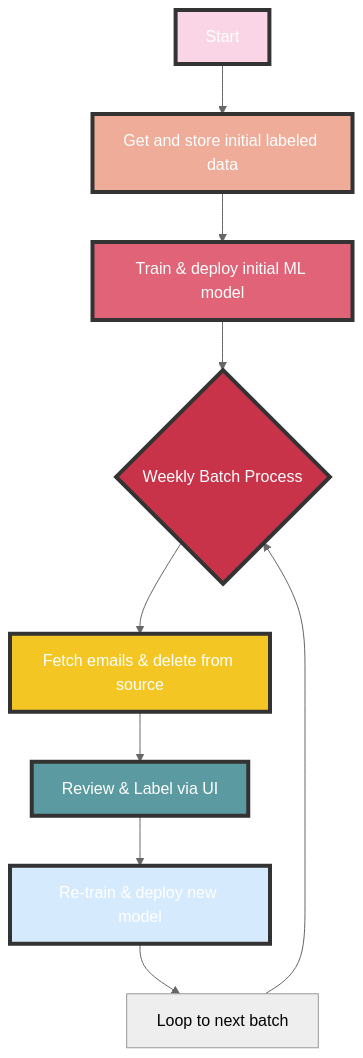
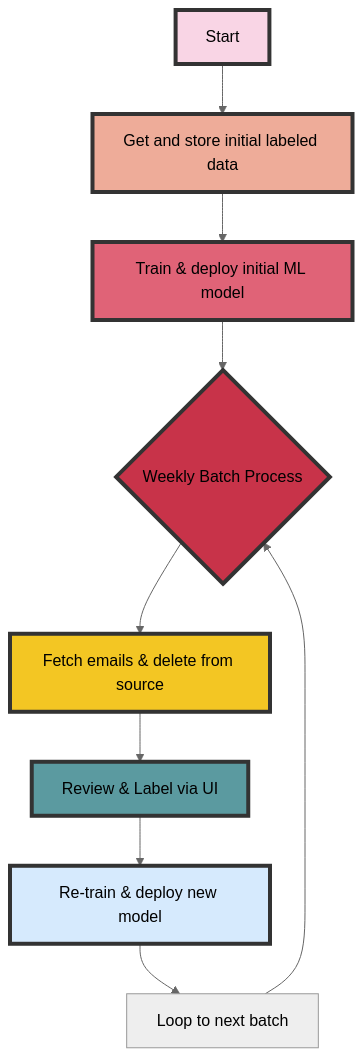
Before and after one commit to ugm2/email-discriminator: the diagram in README.md, drawn with Mermaid (neutral theme).

Commit message:
Mermaid diagram

````diff
--- a/README.md
+++ b/README.md
@@ -43,29 +43,29 @@
 ```mermaid
 graph TD
 
-    style A fill:#f9d5e5,stroke:#333,stroke-width:4px, color:#FFF;
-    style B fill:#eeac99,stroke:#333,stroke-width:4px, color:#FFF;
-    style C fill:#e06377,stroke:#333,stroke-width:4px, color:#FFF;
-    style D fill:#c83349,stroke:#333,stroke-width:4px, color:#FFF;
-    style E fill:#5b9aa0,stroke:#333,stroke-width:4px, color:#FFF;
-    style F fill:#d6eafd,stroke:#333,stroke-width:4px, color:#FFF;
-    style H fill:#f3c623,stroke:#333,stroke-width:4px, color:#FFF;
+    style A fill:#f9d5e5,stroke:#333,stroke-width:4px, color:#000;
+    style B fill:#eeac99,stroke:#333,stroke-width:4px, color:#000;
+    style C fill:#e06377,stroke:#333,stroke-width:4px, color:#000;
+    style D fill:#c83349,stroke:#333,stroke-width:4px, color:#000;
+    style E fill:#5b9aa0,stroke:#333,stroke-width:4px, color:#000;
+    style F fill:#d6eafd,stroke:#333,stroke-width:4px, color:#000;
+    style H fill:#f3c623,stroke:#333,stroke-width:4px, color:#000;
 
     A[Start]
     B[Get and store initial labeled data]
     C[Train & deploy initial ML model]
     D{Weekly Batch Process}
     H[Fetch emails & delete from source]
     E[Review & Label via UI]
     F[Re-train & deploy new model]
     G[Loop to next batch]
 
     A --> B
     B --> C
     C --> D
     D --> H
     H --> E
     E --> F
     F --> G
     G --> D
 ```
````
